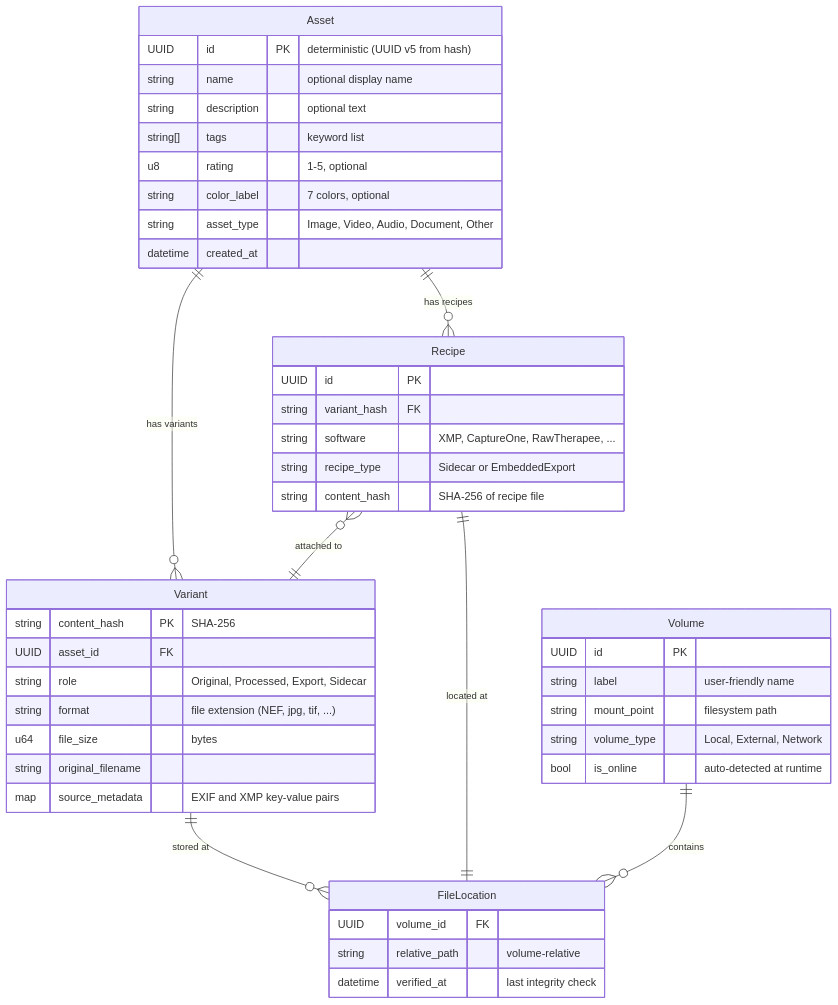
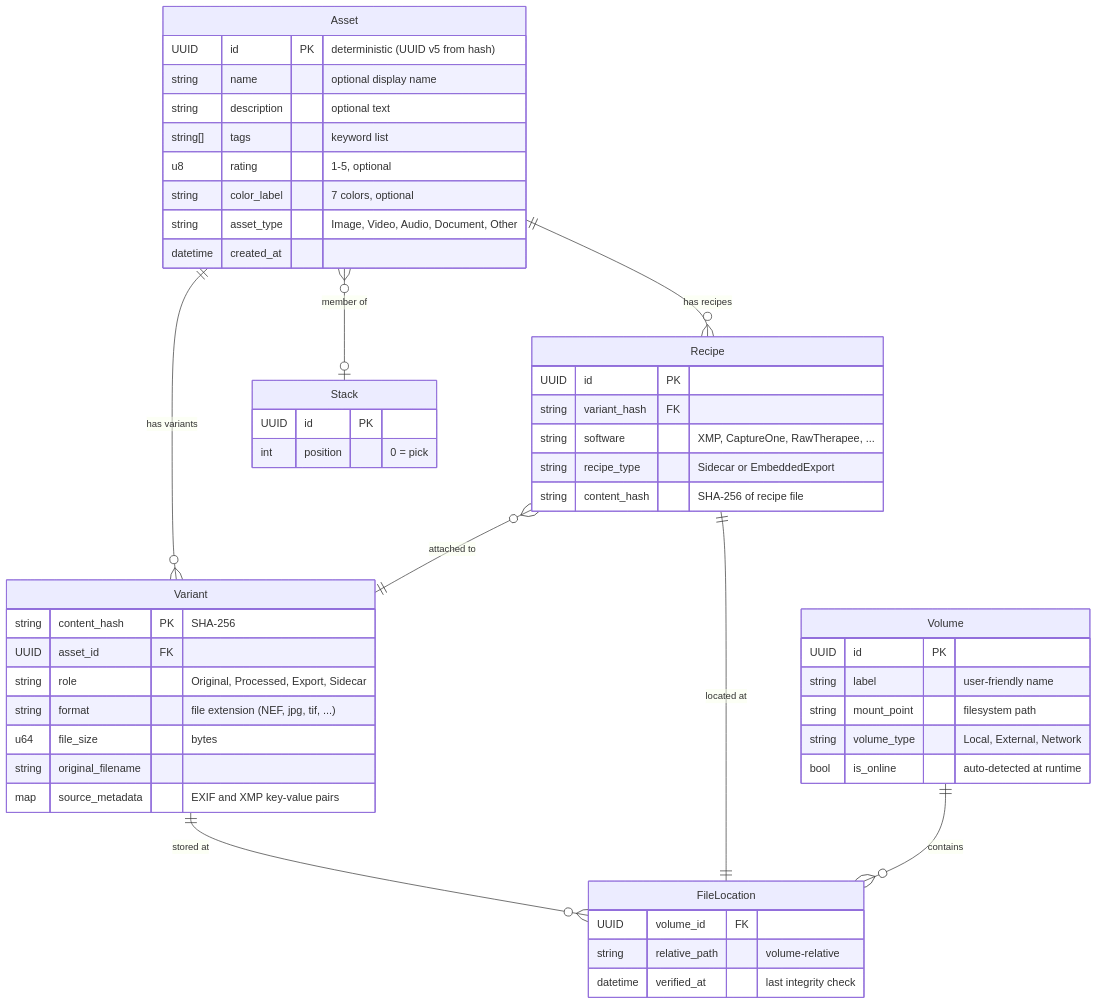
The first of 4 diagrams in doc/manual/user-guide/01-overview.md (thoherr/maki), drawn with Mermaid before and after one commit. The commit also changed other lines of this file and 22 other files, not shown here.

````diff
--- a/doc/manual/user-guide/01-overview.md
+++ b/doc/manual/user-guide/01-overview.md
@@ -11,52 +11,58 @@
 ```mermaid
 erDiagram
     Asset ||--o{ Variant : "has variants"
     Asset ||--o{ Recipe : "has recipes"
+    Asset }o--o| Stack : "member of"
     Variant ||--o{ FileLocation : "stored at"
     Recipe ||--|| FileLocation : "located at"
     Recipe }o--|| Variant : "attached to"
     Volume ||--o{ FileLocation : "contains"
 
     Asset {
         UUID id PK "deterministic (UUID v5 from hash)"
         string name "optional display name"
         string description "optional text"
         string[] tags "keyword list"
         u8 rating "1-5, optional"
         string color_label "7 colors, optional"
         string asset_type "Image, Video, Audio, Document, Other"
         datetime created_at
     }
 
     Variant {
         string content_hash PK "SHA-256"
         UUID asset_id FK
         string role "Original, Processed, Export, Sidecar"
         string format "file extension (NEF, jpg, tif, ...)"
         u64 file_size "bytes"
         string original_filename
         map source_metadata "EXIF and XMP key-value pairs"
     }
 
     FileLocation {
         UUID volume_id FK
         string relative_path "volume-relative"
         datetime verified_at "last integrity check"
     }
 
     Recipe {
         UUID id PK
         string variant_hash FK
         string software "XMP, CaptureOne, RawTherapee, ..."
         string recipe_type "Sidecar or EmbeddedExport"
         string content_hash "SHA-256 of recipe file"
     }
 
     Volume {
         UUID id PK
         string label "user-friendly name"
         string mount_point "filesystem path"
         string volume_type "Local, External, Network"
         bool is_online "auto-detected at runtime"
     }
+
+    Stack {
+        UUID id PK
+        int position "0 = pick"
+    }
 ```
````
